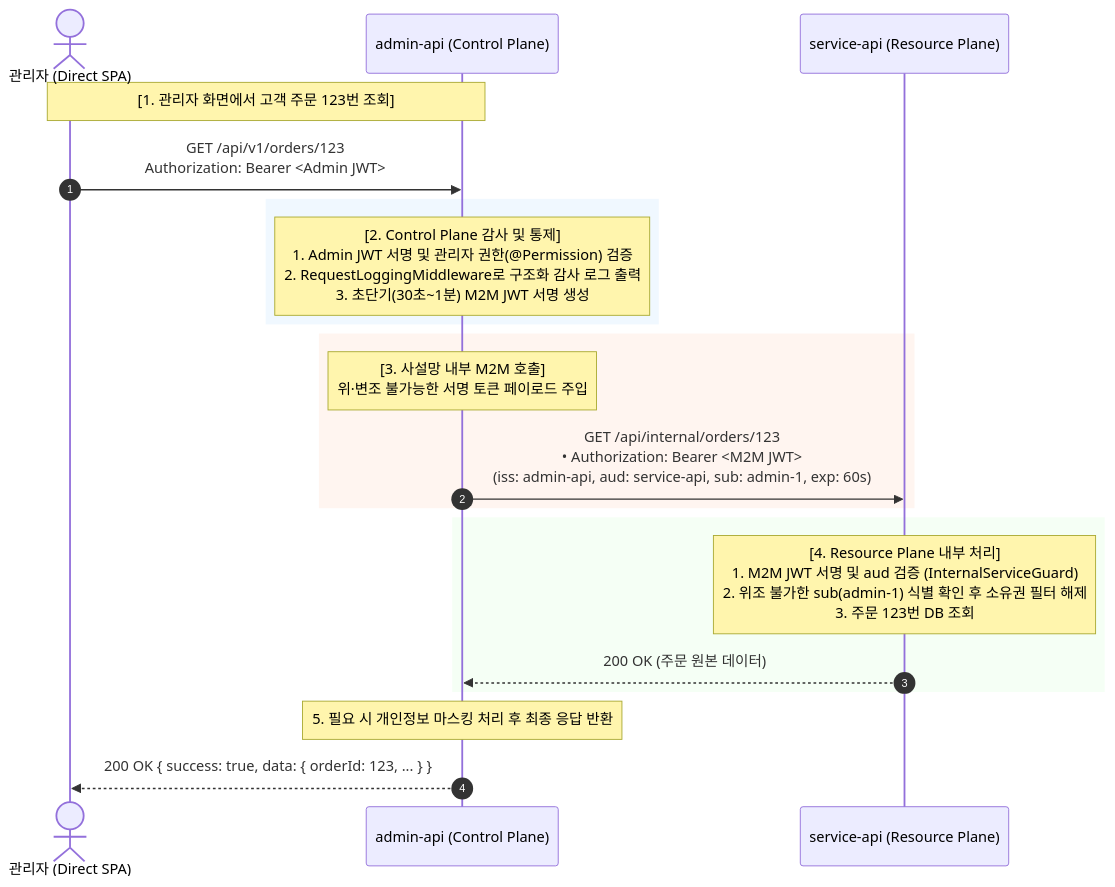
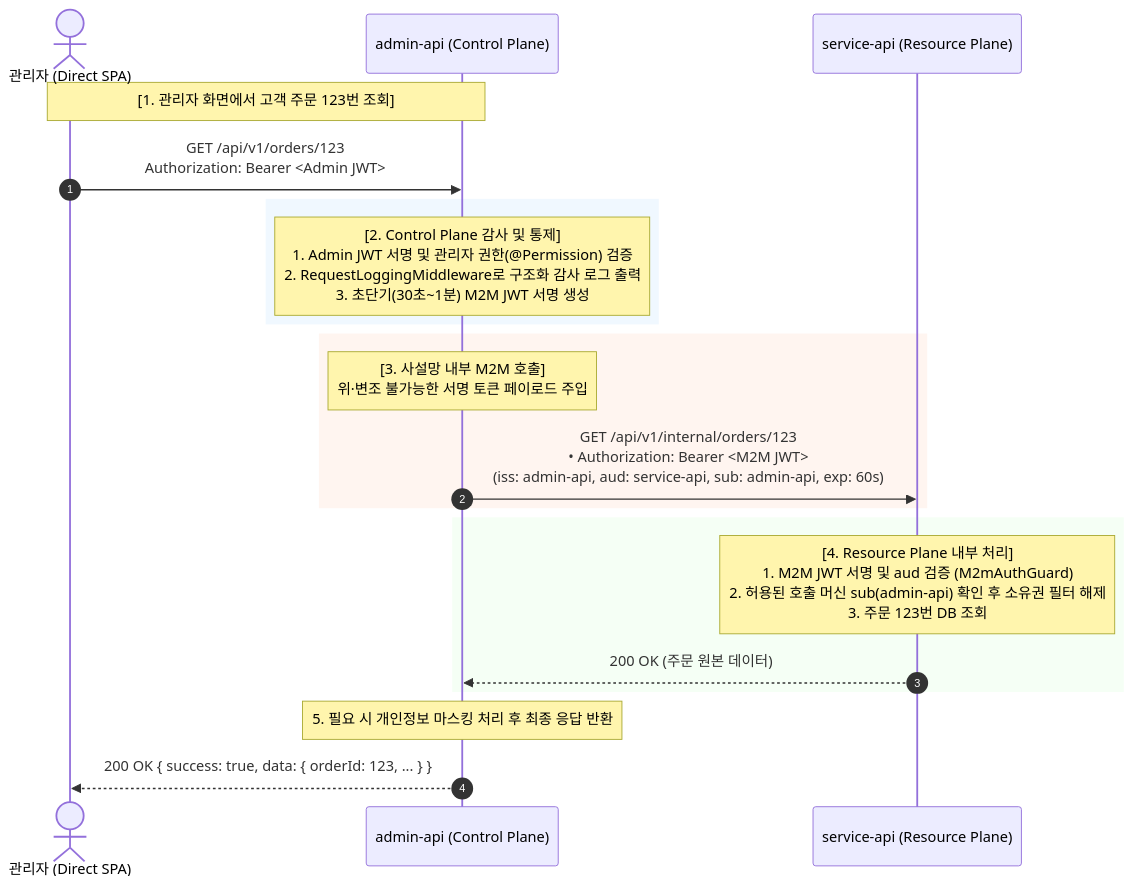
The second of 3 diagrams in docs/auth-isolation-architecture.md (JYK0128/web-framework-app), drawn with Mermaid before and after one commit. The commit also changed other lines of this file and 131 other files, not shown here.

Commit message:
refactor(auth): align control and service plane boundaries

````diff
--- a/docs/auth-isolation-architecture.md
+++ b/docs/auth-isolation-architecture.md
@@ -46,32 +46,32 @@
 ```mermaid
 sequenceDiagram
     autonumber
     actor Admin as 관리자 (Direct SPA)
     participant AdminAPI as admin-api (Control Plane)
     participant ServiceAPI as service-api (Resource Plane)
 
     %% 1. 관리자 요청
     Note over Admin, AdminAPI: [1. 관리자 화면에서 고객 주문 123번 조회]
     Admin->>AdminAPI: GET /api/v1/orders/123<br/>Authorization: Bearer <Admin JWT>
 
     %% 2. Control Plane 감사 및 인가
     rect rgb(240, 248, 255)
     Note over AdminAPI: [2. Control Plane 감사 및 통제]<br/>1. Admin JWT 서명 및 관리자 권한(@Permission) 검증<br/>2. RequestLoggingMiddleware로 구조화 감사 로그 출력<br/>3. 초단기(30초~1분) M2M JWT 서명 생성
     end
 
     %% 3. S2S 내부 위임 호출
     rect rgb(255, 245, 240)
     Note over AdminAPI: [3. 사설망 내부 M2M 호출]<br/>위·변조 불가능한 서명 토큰 페이로드 주입
-    AdminAPI->>ServiceAPI: GET /api/internal/orders/123<br/>• Authorization: Bearer <M2M JWT><br/>  (iss: admin-api, aud: service-api, sub: admin-1, exp: 60s)
+    AdminAPI->>ServiceAPI: GET /api/v1/internal/orders/123<br/>• Authorization: Bearer <M2M JWT><br/>  (iss: admin-api, aud: service-api, sub: admin-api, exp: 60s)
     end
 
     %% 4. Data Plane 처리
     rect rgb(245, 255, 245)
-    Note over ServiceAPI: [4. Resource Plane 내부 처리]<br/>1. M2M JWT 서명 및 aud 검증 (InternalServiceGuard)<br/>2. 위조 불가한 sub(admin-1) 식별 확인 후 소유권 필터 해제<br/>3. 주문 123번 DB 조회
+    Note over ServiceAPI: [4. Resource Plane 내부 처리]<br/>1. M2M JWT 서명 및 aud 검증 (M2mAuthGuard)<br/>2. 허용된 호출 머신 sub(admin-api) 확인 후 소유권 필터 해제<br/>3. 주문 123번 DB 조회
     ServiceAPI-->>AdminAPI: 200 OK (주문 원본 데이터)
     end
 
     %% 5. 마스킹 및 반환
     Note over AdminAPI: 5. 필요 시 개인정보 마스킹 처리 후 최종 응답 반환
     AdminAPI-->>Admin: 200 OK { success: true, data: { orderId: 123, ... } }
 ```
````
